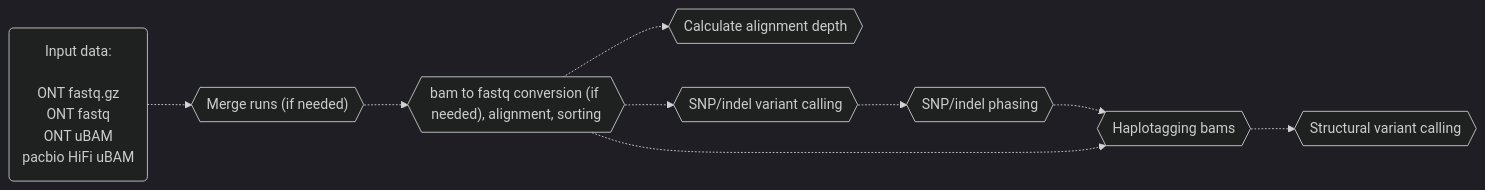
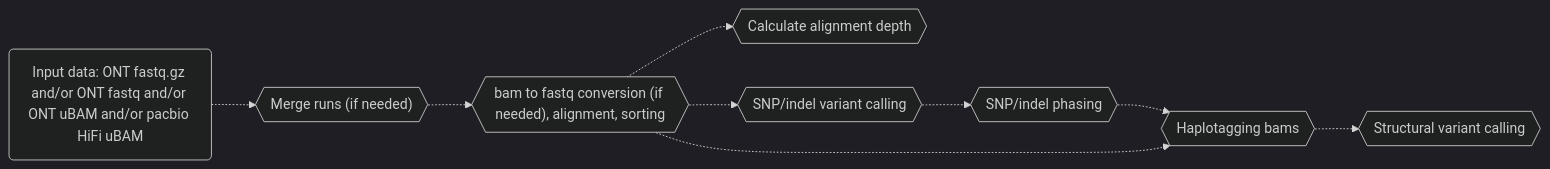
One commit to leahkemp/pipeface changed the first of 2 diagrams in README.md. Above: the diagram before and after it, drawn with Mermaid.

````diff
--- a/README.md
+++ b/README.md
@@ -16,18 +16,18 @@
 ```mermaid
 %%{init: {'theme':'dark'}}%%
 flowchart LR
 
-input_data("Input data: \n\n ONT fastq.gz \n ONT fastq \n ONT uBAM \n pacbio HiFi uBAM")
+input_data("Input data: ONT fastq.gz and/or ONT fastq and/or ONT uBAM and/or pacbio HiFi uBAM")
 merging{{"Merge runs (if needed)"}}
 alignment{{"bam to fastq conversion (if needed), alignment, sorting"}}
 depth{{"Calculate alignment depth"}}
 snp_indel_calling{{"SNP/indel variant calling"}}
 snp_indel_phasing{{"SNP/indel phasing"}}
 haplotagging{{"Haplotagging bams"}}
 sv_calling{{"Structural variant calling"}}
 
 input_data-.->merging-.->alignment-.->snp_indel_calling-.->snp_indel_phasing-.->haplotagging-.->sv_calling
 alignment-.->depth
 alignment-.->haplotagging
 
 ```
````
